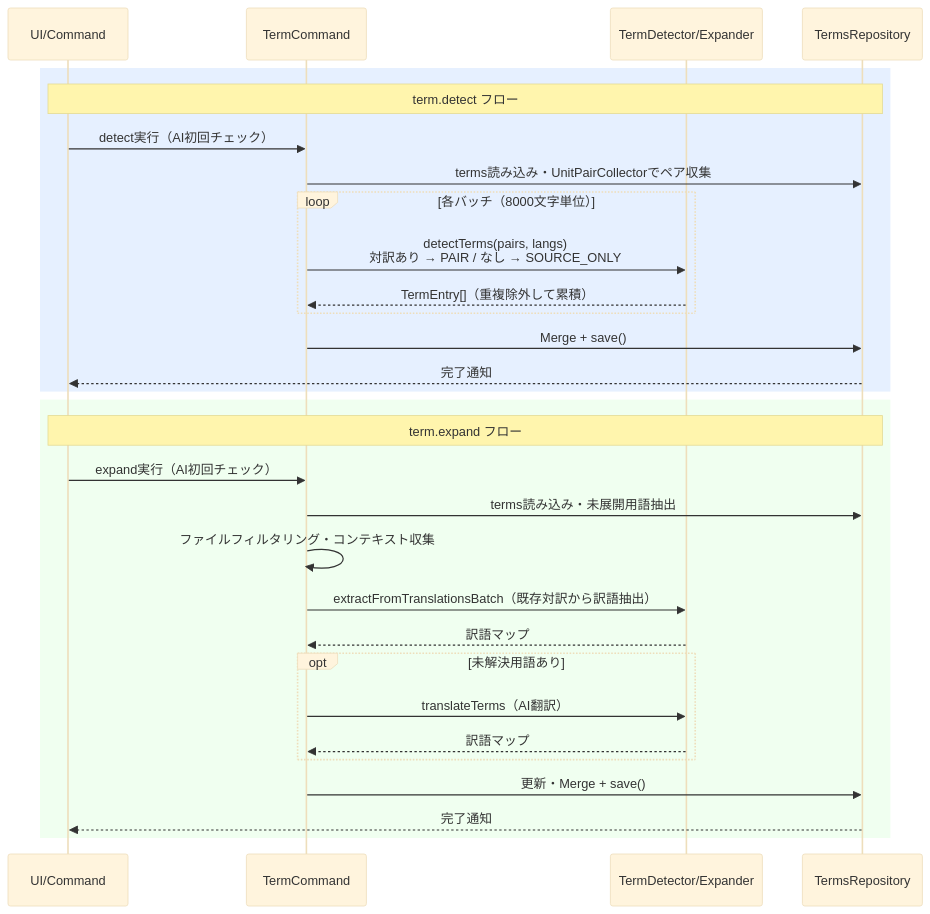
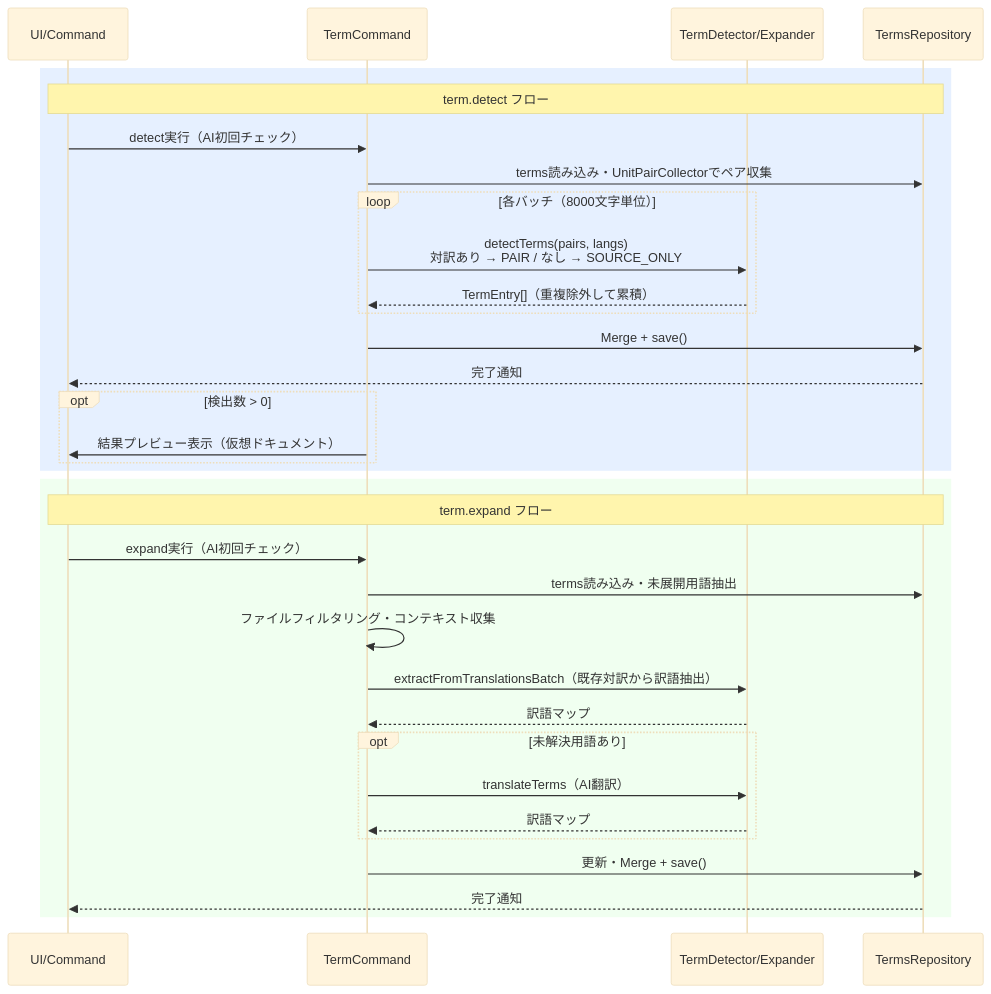
One commit to mochimochiki/mdait changed the diagram in docs/design/command_term.md. Above: the diagram before and after it, drawn with Mermaid (base theme). The commit also changed other lines of this file and 17 other files, not shown here.

````diff
--- a/docs/design/command_term.md
+++ b/docs/design/command_term.md
@@ -79,34 +79,37 @@
 ```mermaid
 sequenceDiagram
     participant User as UI/Command
     participant Cmd as TermCommand
     participant AI as TermDetector/Expander
     participant Repo as TermsRepository
 
     rect rgb(230, 240, 255)
         Note over User,Repo: term.detect フロー
         User->>Cmd: detect実行（AI初回チェック）
         Cmd->>Repo: terms読み込み・UnitPairCollectorでペア収集
         loop 各バッチ（8000文字単位）
             Cmd->>AI: detectTerms(pairs, langs)<br/>対訳あり → PAIR / なし → SOURCE_ONLY
             AI-->>Cmd: TermEntry[]（重複除外して累積）
         end
         Cmd->>Repo: Merge + save()
         Repo-->>User: 完了通知
+        opt 検出数 > 0
+            Cmd->>User: 結果プレビュー表示（仮想ドキュメント）
+        end
     end
 
     rect rgb(240, 255, 240)
         Note over User,Repo: term.expand フロー
         User->>Cmd: expand実行（AI初回チェック）
         Cmd->>Repo: terms読み込み・未展開用語抽出
         Cmd->>Cmd: ファイルフィルタリング・コンテキスト収集
         Cmd->>AI: extractFromTranslationsBatch（既存対訳から訳語抽出）
         AI-->>Cmd: 訳語マップ
         opt 未解決用語あり
             Cmd->>AI: translateTerms（AI翻訳）
             AI-->>Cmd: 訳語マップ
         end
         Cmd->>Repo: 更新・Merge + save()
         Repo-->>User: 完了通知
     end
 ```
````
